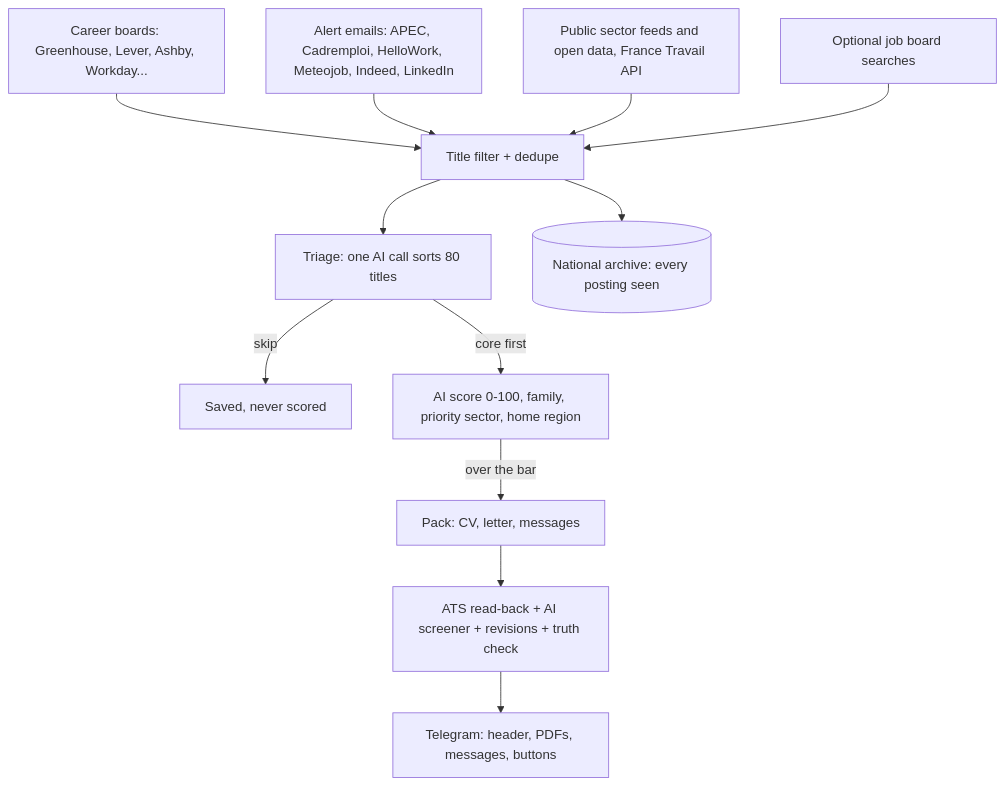
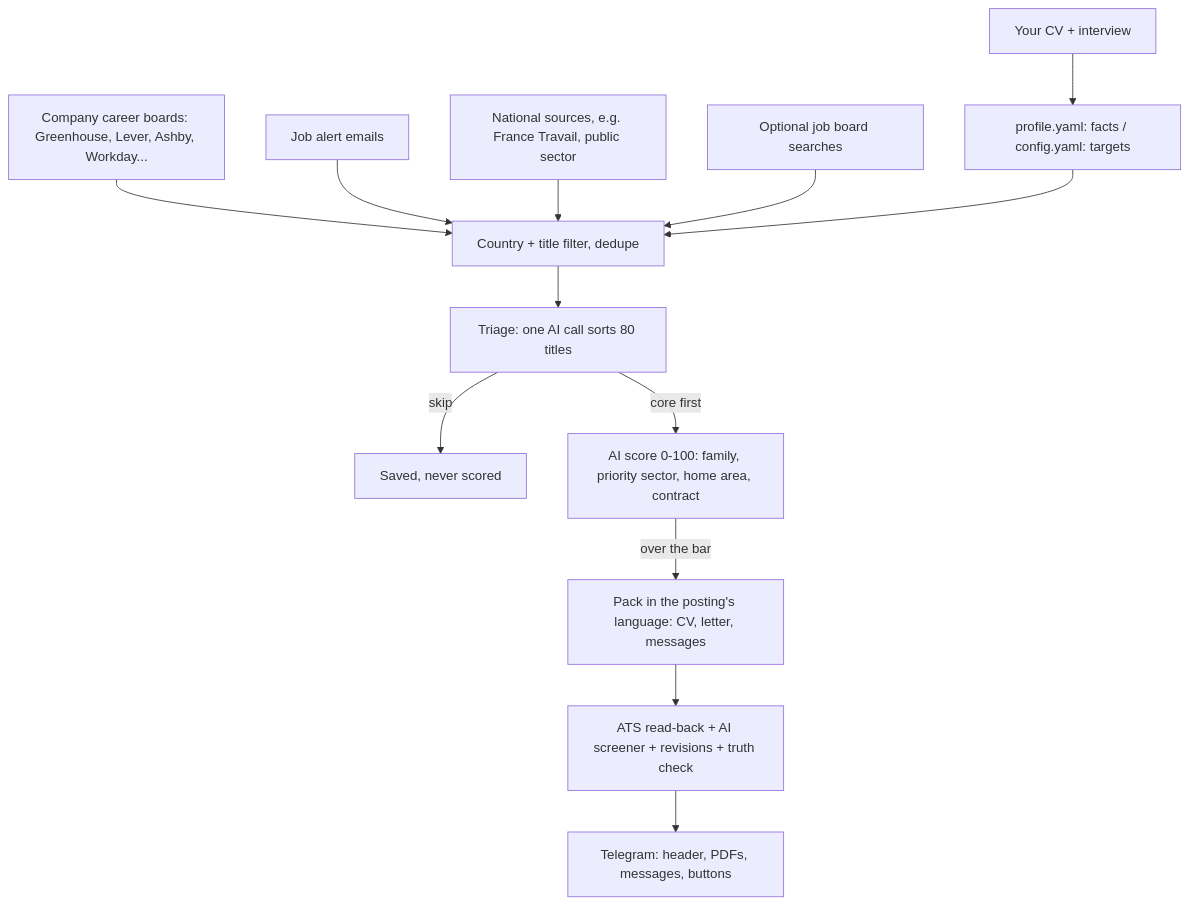
The diagram in README.md (aka1127/job-radar), drawn with Mermaid before and after one commit. The commit also changed other lines of this file and 11 other files, not shown here.

````diff
--- a/README.md
+++ b/README.md
@@ -40,14 +42,15 @@
 ```mermaid
 flowchart TD
-    A[Career boards: Greenhouse, Lever, Ashby, Workday...] --> F
-    B[Alert emails: APEC, Cadremploi, HelloWork, Meteojob, Indeed, LinkedIn] --> F
-    C[Public sector feeds and open data, France Travail API] --> F
+    O[Your CV + interview] --> PR[profile.yaml: facts / config.yaml: targets]
+    A[Company career boards: Greenhouse, Lever, Ashby, Workday...] --> F
+    B[Job alert emails] --> F
+    C[National sources, e.g. France Travail, public sector] --> F
     D[Optional job board searches] --> F
-    F[Title filter + dedupe] --> T[Triage: one AI call sorts 80 titles]
+    PR --> F
+    F[Country + title filter, dedupe] --> T[Triage: one AI call sorts 80 titles]
     T -->|skip| X[Saved, never scored]
-    T -->|core first| S[AI score 0-100, family, priority sector, home region]
-    S -->|over the bar| P[Pack: CV, letter, messages]
+    T -->|core first| S[AI score 0-100: family, priority sector, home area, contract]
+    S -->|over the bar| P[Pack in the posting's language: CV, letter, messages]
     P --> Q[ATS read-back + AI screener + revisions + truth check]
     Q --> G[Telegram: header, PDFs, messages, buttons]
-    F --> R[(National archive: every posting seen)]
 ```
````
